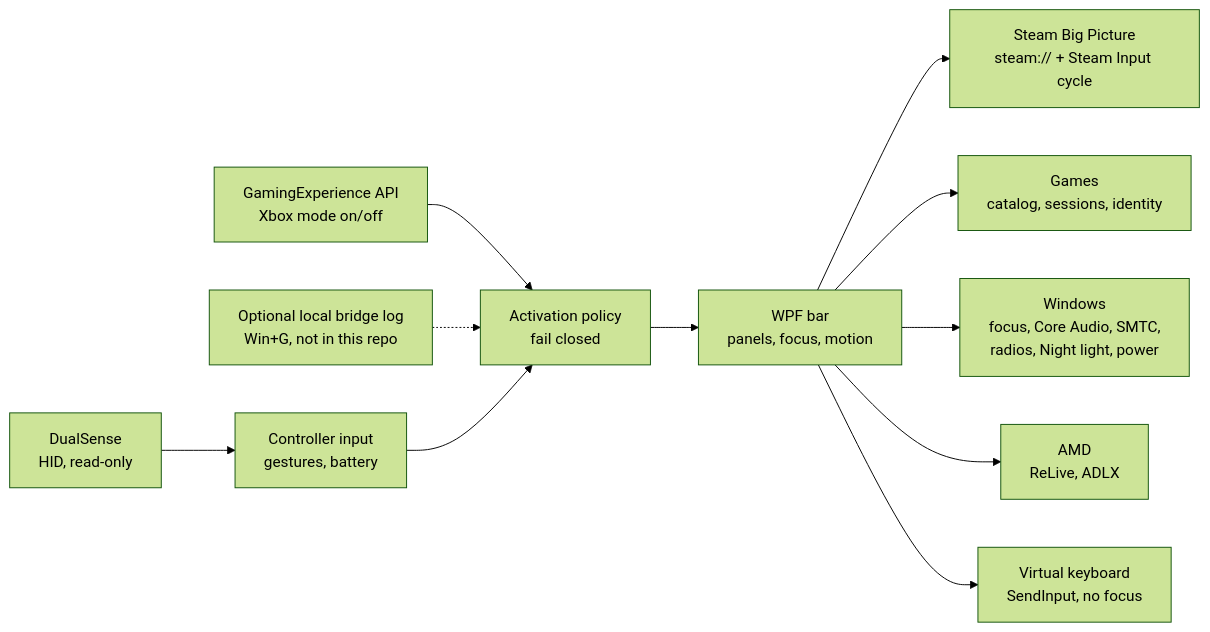
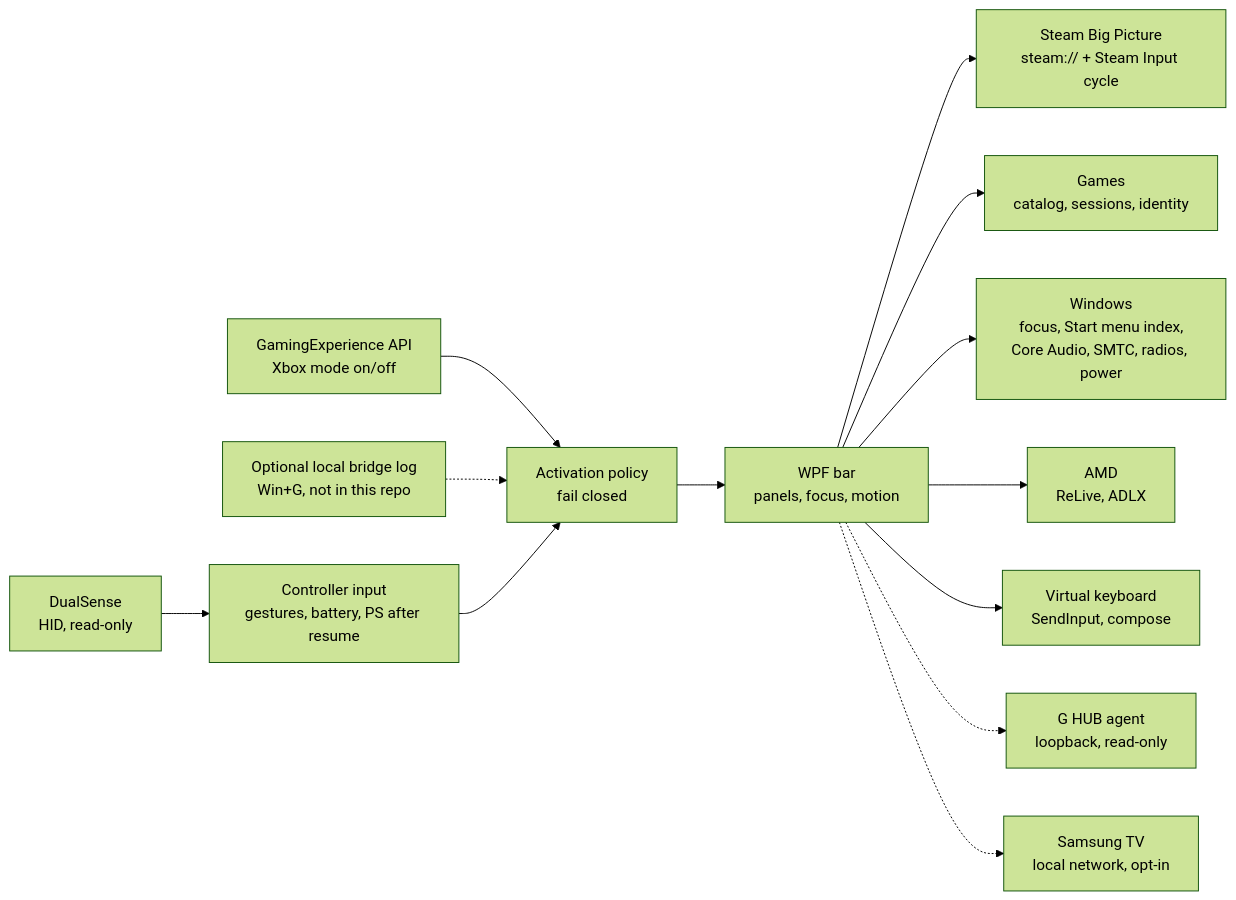
The diagram in README.md (Sitr3n01/XGB_P), drawn with Mermaid (forest theme) before and after one commit. The commit also changed other lines of this file and 177 other files, not shown here.

````diff
--- a/README.md
+++ b/README.md
@@ -58,12 +90,14 @@
 ```mermaid
 flowchart LR
-    P["DualSense<br/>HID, read-only"] --> C["Controller input<br/>gestures, battery"]
+    P["DualSense<br/>HID, read-only"] --> C["Controller input<br/>gestures, battery, PS after resume"]
     F["GamingExperience API<br/>Xbox mode on/off"] --> A["Activation policy<br/>fail closed"]
     B["Optional local bridge log<br/>Win+G, not in this repo"] -.-> A
     C --> A --> U["WPF bar<br/>panels, focus, motion"]
     U --> S["Steam Big Picture<br/>steam:// + Steam Input cycle"]
     U --> G["Games<br/>catalog, sessions, identity"]
-    U --> W["Windows<br/>focus, Core Audio, SMTC,<br/>radios, Night light, power"]
+    U --> W["Windows<br/>focus, Start menu index,<br/>Core Audio, SMTC, radios, power"]
     U --> R["AMD<br/>ReLive, ADLX"]
-    U --> K["Virtual keyboard<br/>SendInput, no focus"]
+    U --> K["Virtual keyboard<br/>SendInput, compose"]
+    U -.-> H["G HUB agent<br/>loopback, read-only"]
+    U -.-> T["Samsung TV<br/>local network, opt-in"]
 ```
````
